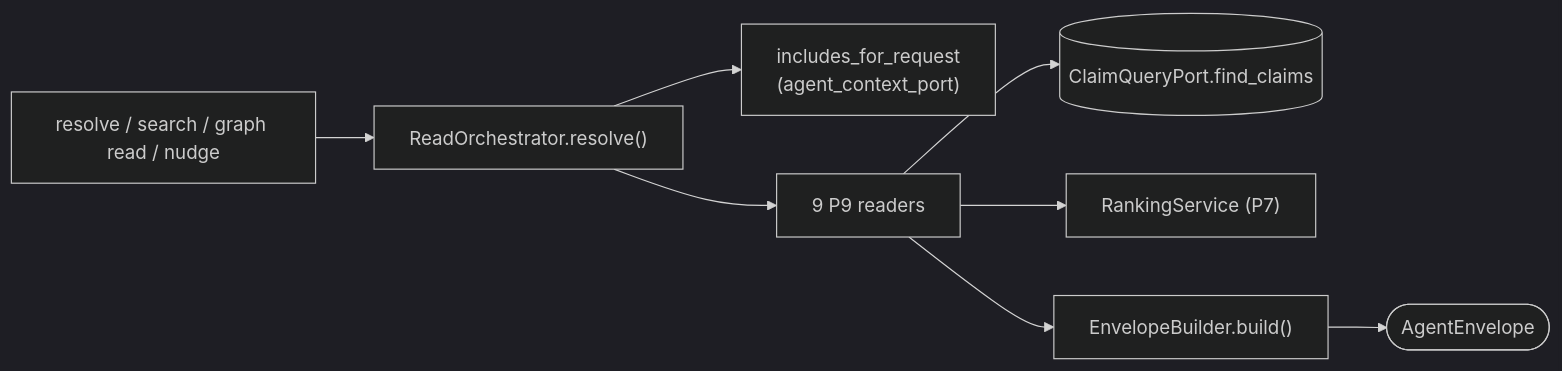
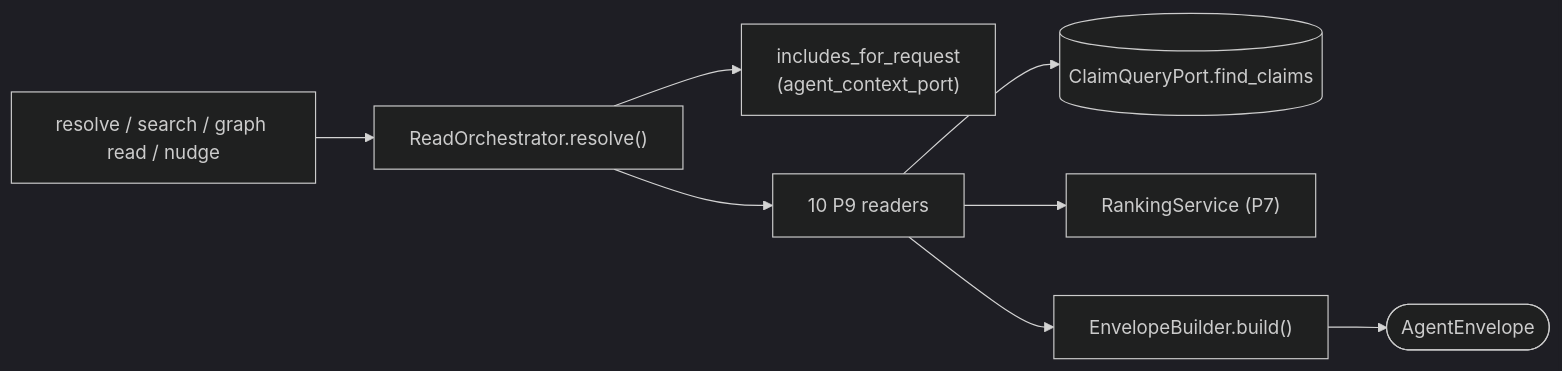
The diagram in docs/context-graph/querying.md (potpie-ai/potpie), drawn with Mermaid (dark theme) before and after one commit. The commit also changed other lines of this file and 41 other files, not shown here.

````diff
--- a/docs/context-graph/querying.md
+++ b/docs/context-graph/querying.md
@@ -51,19 +51,19 @@
 ```mermaid
 flowchart LR
   q_in["resolve / search / graph read / nudge"]
   q_orch["ReadOrchestrator.resolve()"]
   q_vocab["includes_for_request<br/>(agent_context_port)"]
-  q_readers["9 P9 readers"]
+  q_readers["10 P9 readers"]
   q_cqp[("ClaimQueryPort.find_claims")]
   q_rank["RankingService (P7)"]
   q_env["EnvelopeBuilder.build()"]
   q_out(["AgentEnvelope"])
 
   q_in --> q_orch
   q_orch --> q_vocab
   q_orch --> q_readers
   q_readers --> q_cqp
   q_readers --> q_rank
   q_readers --> q_env
   q_env --> q_out
 ```
````
